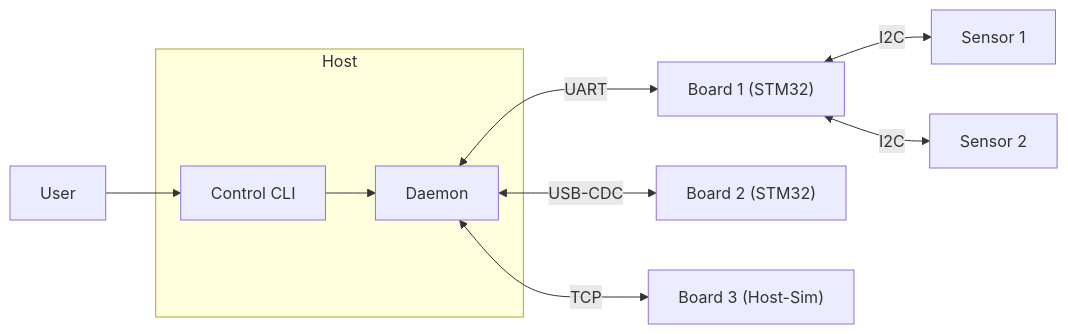
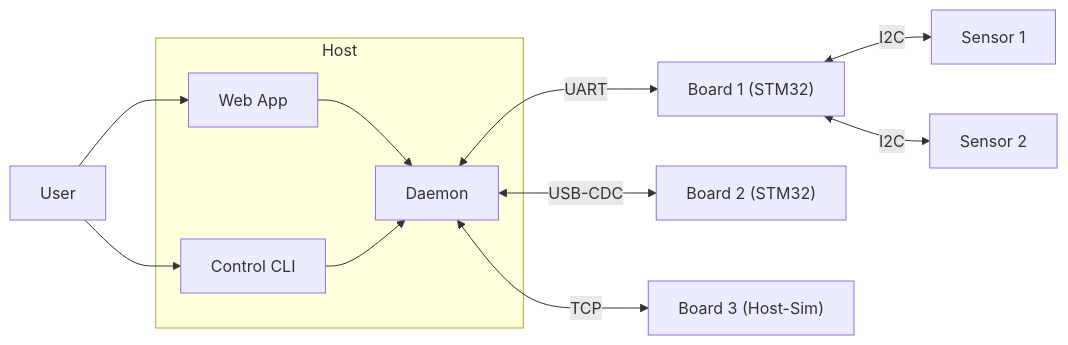
The diagram in README.md (brahimab8/stm32-power-scope), drawn with Mermaid before and after one commit. The commit also changed other lines of this file and 1 other file, not shown here.

Commit message:
docs(readme): cover dash app in README and add demo gif

````diff
--- a/README.md
+++ b/README.md
@@ -19,18 +19,21 @@
 ```mermaid
 flowchart LR
   USER[User]
 
   subgraph HOST[Host]
+    DASH[Web App]
     DAEMON[Daemon]
     CTL[Control CLI]
   end
 
+  USER --> DASH
   USER --> CTL
+  DASH --> DAEMON
   CTL --> DAEMON
   DAEMON <--> |UART| DEV_1["Board 1 (STM32)"]
   DAEMON <--> |USB-CDC| DEV_2["Board 2 (STM32)"]
   DAEMON <--> |TCP| DEV_3["Board 3 (Host-Sim)"]
 
   DEV_1 <--> |I2C| S_1_1[Sensor 1]
   DEV_1 <--> |I2C| S_1_2[Sensor 2]
   ```
````
